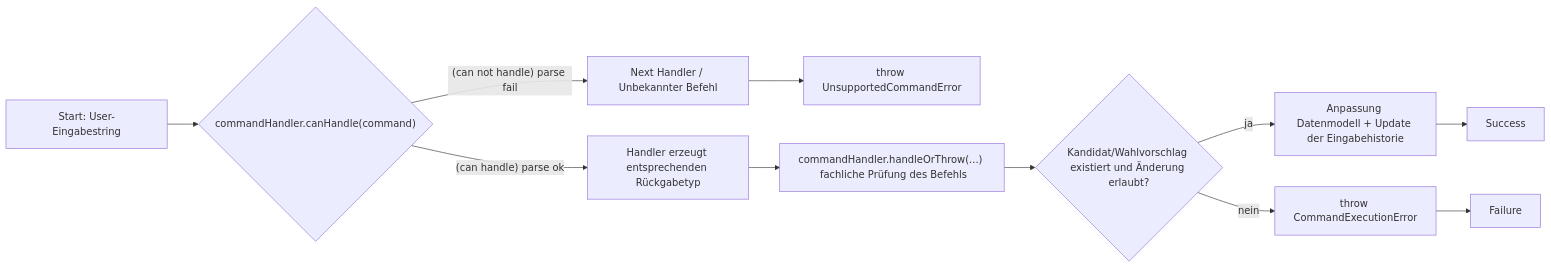
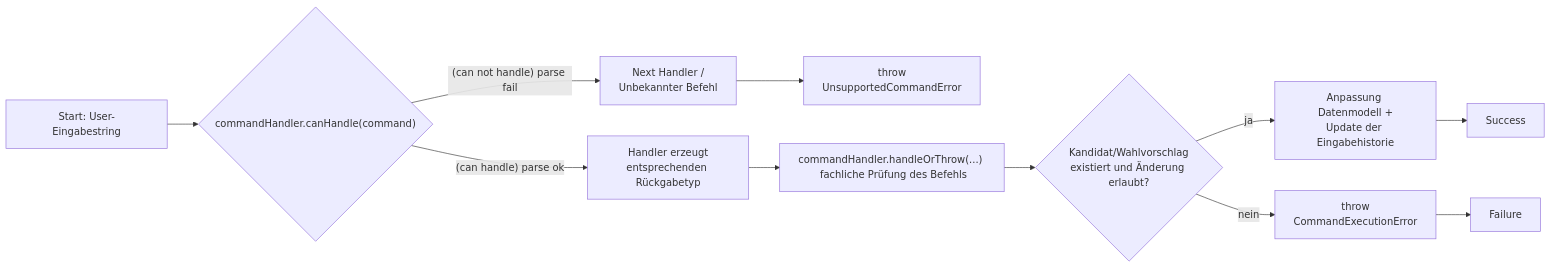
The fourth of 4 diagrams in docs/src/dse/index.md (it-at-m/Wahllokalsystem), drawn with Mermaid before and after one commit.

Commit message:
#3358 add new lines

````diff
--- a/docs/src/dse/index.md
+++ b/docs/src/dse/index.md
@@ -148,17 +148,17 @@
 ```mermaid
 flowchart LR
     A["Start: User-Eingabestring"] --> B{"commandHandler.canHandle(command)"}
 
-    B -->|"(can not handle) parse fail"| C["Next Handler / Unbekannter Befehl"]
-    C --> D["throw UnsupportedCommandError"]
+    B -->|"(can not handle) parse fail"| C["Next Handler /</br>Unbekannter Befehl"]
+    C --> D["throw</br>UnsupportedCommandError"]
     
-    B -->|"(can handle) parse ok"| E["Handler erzeugt entsprechenden Rückgabetyp"]
+    B -->|"(can handle) parse ok"| E["Handler erzeugt</br>entsprechenden Rückgabetyp"]
     E --> F["commandHandler.handleOrThrow(...) </br> fachliche Prüfung des Befehls"]
-    F --> G{"Kandidat/Wahlvorschlag existiert und Änderung erlaubt?"}
+    F --> G{"Kandidat/Wahlvorschlag</br>existiert und Änderung erlaubt?"}
 
-    G -->|ja| H["Anpassung Datenmodell + Update der Eingabehistorie"]
+    G -->|ja| H["Anpassung Datenmodell +</br>Update der Eingabehistorie"]
     H --> I["Success"]
 
-    G -->|nein| J["throw CommandExecutionError"]
+    G -->|nein| J["throw </br> CommandExecutionError"]
     J --> K["Failure"]
 ```
````
